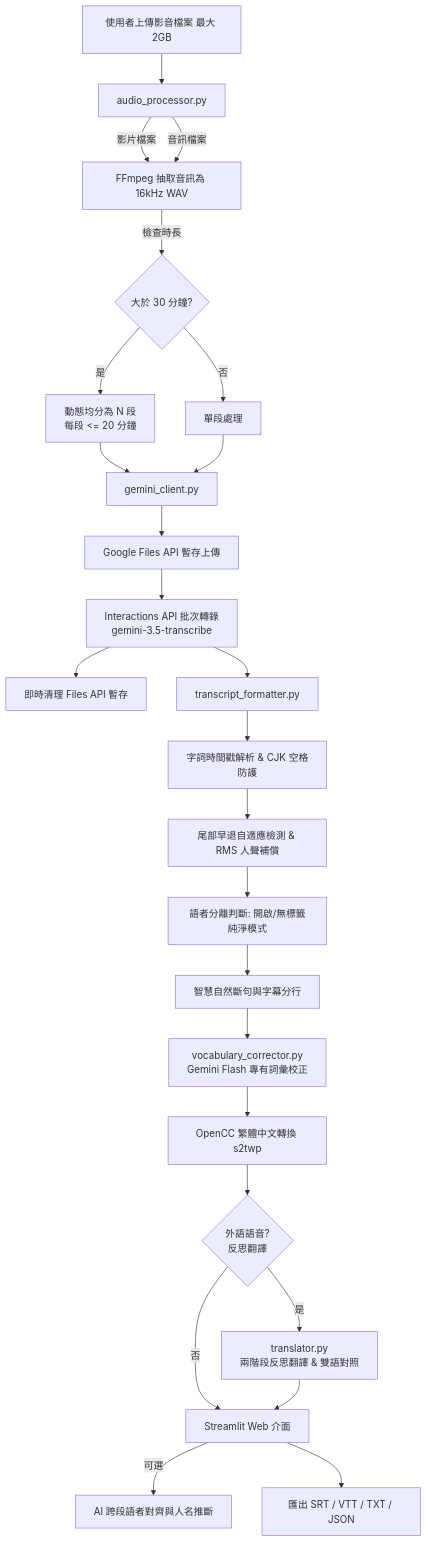
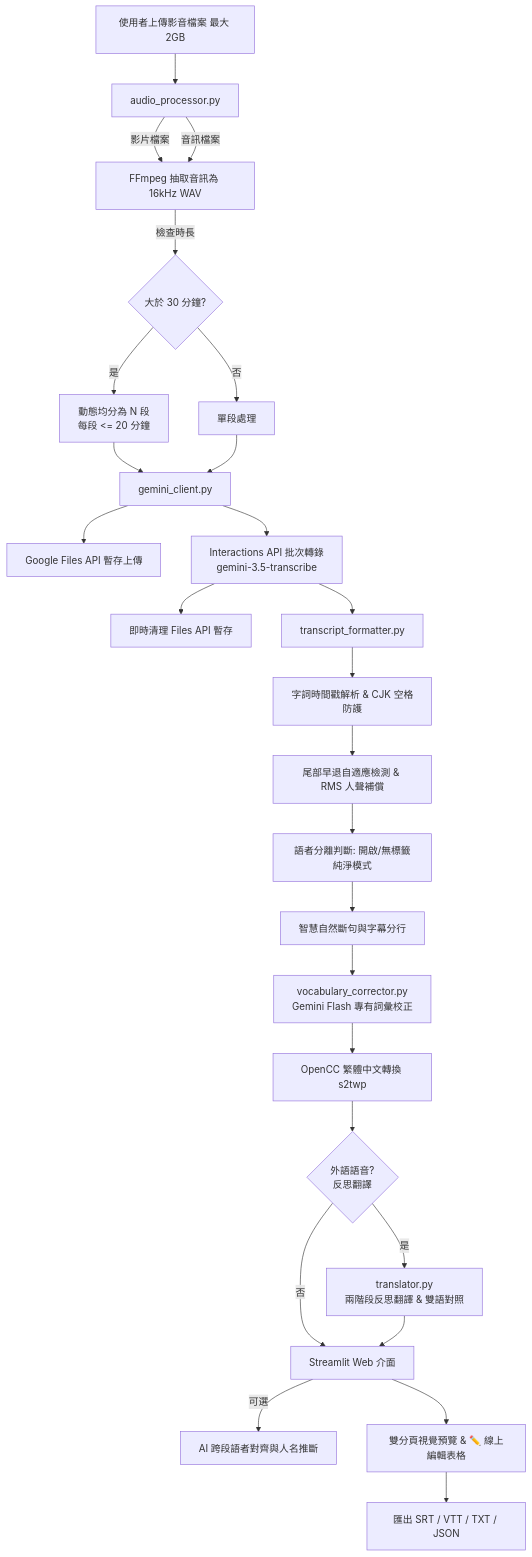
One commit to japen0617/gemini_Transcribe changed the diagram in README.md. Above: the diagram before and after it, drawn with Mermaid. The commit also changed other lines of this file and 2 other files, not shown here.

Commit message:
feat(ui): add dual-tab subtitle live preview and in-place editor with auto-sync export

````diff
--- a/README.md
+++ b/README.md
@@ -80,27 +85,28 @@
 ```mermaid
 graph TD
     A[使用者上傳影音檔案 最大 2GB] --> B[audio_processor.py]
     B -->|影片檔案| C[FFmpeg 抽取音訊為 16kHz WAV]
     B -->|音訊檔案| C
     C -->|檢查時長| D{大於 30 分鐘?}
     D -->|是| E[動態均分為 N 段<br/>每段 <= 20 分鐘]
     D -->|否| F[單段處理]
     E --> G[gemini_client.py]
     F --> G
     G --> H[Google Files API 暫存上傳]
-    H --> I[Interactions API 批次轉錄<br/>gemini-3.5-transcribe]
+    G --> I[Interactions API 批次轉錄<br/>gemini-3.5-transcribe]
     I --> J[即時清理 Files API 暫存]
     I --> K[transcript_formatter.py]
     K --> L[字詞時間戳解析 & CJK 空格防護]
     L --> M[尾部早退自適應檢測 & RMS 人聲補償]
     M --> N[語者分離判斷: 開啟/無標籤純淨模式]
     N --> O[智慧自然斷句與字幕分行]
     O --> P[vocabulary_corrector.py<br/>Gemini Flash 專有詞彙校正]
     P --> Q[OpenCC 繁體中文轉換 s2twp]
     Q --> R{外語語音?<br/>反思翻譯}
     R -->|是| S[translator.py<br/>兩階段反思翻譯 & 雙語對照]
     R -->|否| T[Streamlit Web 介面]
     S --> T
     T -->|可選| U[AI 跨段語者對齊與人名推斷]
-    T --> V[匯出 SRT / VTT / TXT / JSON]
+    T --> W[雙分頁視覺預覽 & ✏️ 線上編輯表格]
+    W --> V[匯出 SRT / VTT / TXT / JSON]
 ```
````
